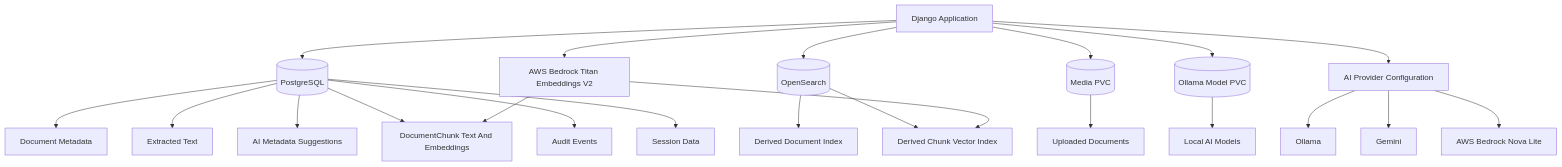
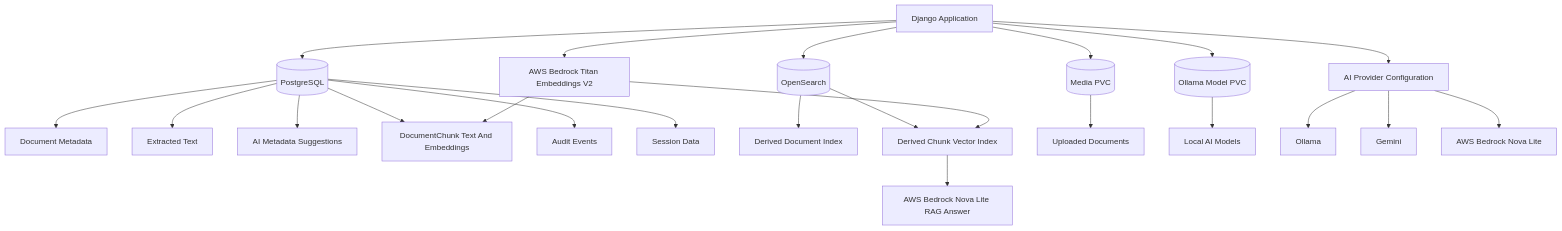
Before and after one commit to khaliqueaws-creator/document-management: the third of 3 diagrams in docs/architecture.md, drawn with Mermaid. The commit also changed other lines of this file and 33 other files, not shown here.

````diff
--- a/docs/architecture.md
+++ b/docs/architecture.md
@@ -76,31 +77,32 @@
 ```mermaid
 flowchart TB
     App[Django Application]
 
     App --> DB[(PostgreSQL)]
     DB --> Metadata[Document Metadata]
     DB --> ExtractedText[Extracted Text]
     DB --> AISuggestions[AI Metadata Suggestions]
     DB --> Chunks[DocumentChunk Text And Embeddings]
     DB --> Audit[Audit Events]
     DB --> SessionData[Session Data]
 
     App --> Search[(OpenSearch)]
     Search --> SearchDocs[Derived Document Index]
     Search --> SearchChunks[Derived Chunk Vector Index]
 
     App --> MediaPVC[(Media PVC)]
     MediaPVC --> Files[Uploaded Documents]
 
     App --> ModelPVC[(Ollama Model PVC)]
     ModelPVC --> Models[Local AI Models]
 
     App --> AIProviderConfig[AI Provider Configuration]
     AIProviderConfig --> Ollama[Ollama]
     AIProviderConfig --> Gemini[Gemini]
     AIProviderConfig --> Bedrock[AWS Bedrock Nova Lite]
 
     App --> Titan[AWS Bedrock Titan Embeddings V2]
     Titan --> Chunks
     Titan --> SearchChunks
+    SearchChunks --> RAGAnswer[AWS Bedrock Nova Lite RAG Answer]
 ```
````
